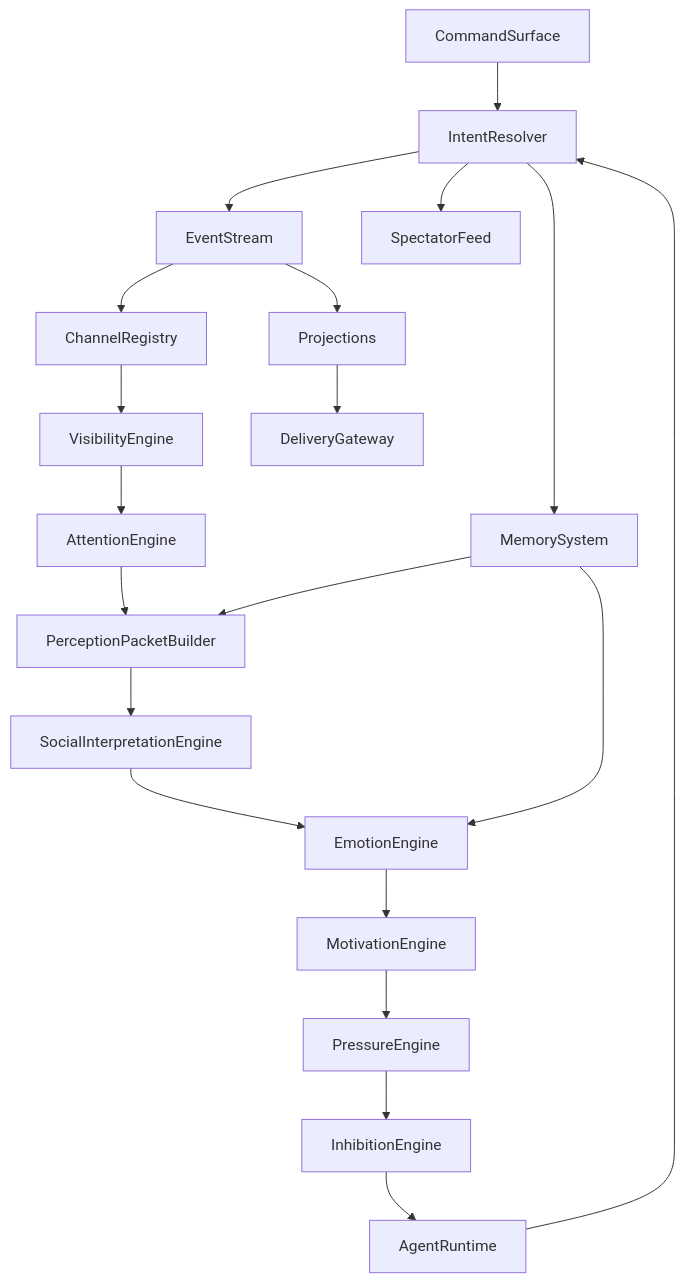
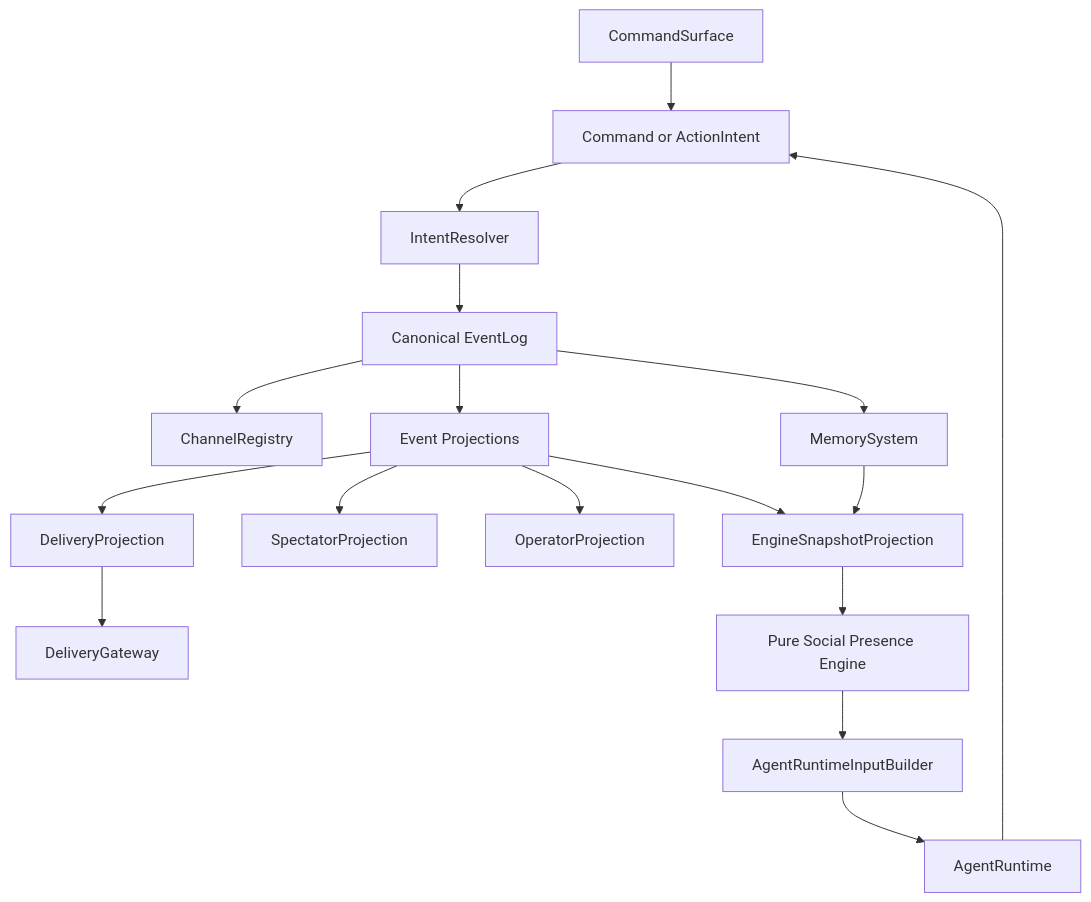
One commit to caiotheodoro/perfectman changed the diagram in docs/architecture/application.md. Above: the diagram before and after it, drawn with Mermaid. The commit also changed other lines of this file and 12 other files, not shown here.

Commit message:
docs: align LLM runtime with delivery architecture

````diff
--- a/docs/architecture/application.md
+++ b/docs/architecture/application.md
@@ -39,22 +39,19 @@
 ```mermaid
 flowchart TD
-    commandSurface[CommandSurface] --> intentResolver[IntentResolver]
-    agentRuntime[AgentRuntime] --> intentResolver
-    intentResolver --> eventStream[EventStream]
-    eventStream --> channelRegistry[ChannelRegistry]
-    channelRegistry --> visibilityEngine[VisibilityEngine]
-    visibilityEngine --> attentionEngine[AttentionEngine]
-    attentionEngine --> perceptionBuilder[PerceptionPacketBuilder]
-    perceptionBuilder --> interpretationEngine[SocialInterpretationEngine]
-    interpretationEngine --> emotionEngine[EmotionEngine]
-    emotionEngine --> motivationEngine[MotivationEngine]
-    motivationEngine --> pressureEngine[PressureEngine]
-    pressureEngine --> inhibitionEngine[InhibitionEngine]
-    inhibitionEngine --> agentRuntime[AgentRuntime]
-    intentResolver --> memorySystem[MemorySystem]
-    intentResolver --> spectatorFeed[SpectatorFeed]
-    eventStream --> projections[Projections]
-    projections --> deliveryGateway[DeliveryGateway]
-    memorySystem --> perceptionBuilder
-    memorySystem --> emotionEngine
+    commandSurface[CommandSurface] --> commandOrIntent[Command or ActionIntent]
+    agentRuntime[AgentRuntime] --> commandOrIntent
+    commandOrIntent --> intentResolver[IntentResolver]
+    intentResolver --> eventLog[Canonical EventLog]
+    eventLog --> channelRegistry[ChannelRegistry]
+    eventLog --> projections[Event Projections]
+    projections --> deliveryProjection[DeliveryProjection]
+    projections --> spectatorProjection[SpectatorProjection]
+    projections --> operatorProjection[OperatorProjection]
+    projections --> engineSnapshotProjection[EngineSnapshotProjection]
+    deliveryProjection --> deliveryGateway[DeliveryGateway]
+    engineSnapshotProjection --> socialEngine[Pure Social Presence Engine]
+    socialEngine --> runtimeInputBuilder[AgentRuntimeInputBuilder]
+    runtimeInputBuilder --> agentRuntime
+    eventLog --> memorySystem[MemorySystem]
+    memorySystem --> engineSnapshotProjection
 ```
````
